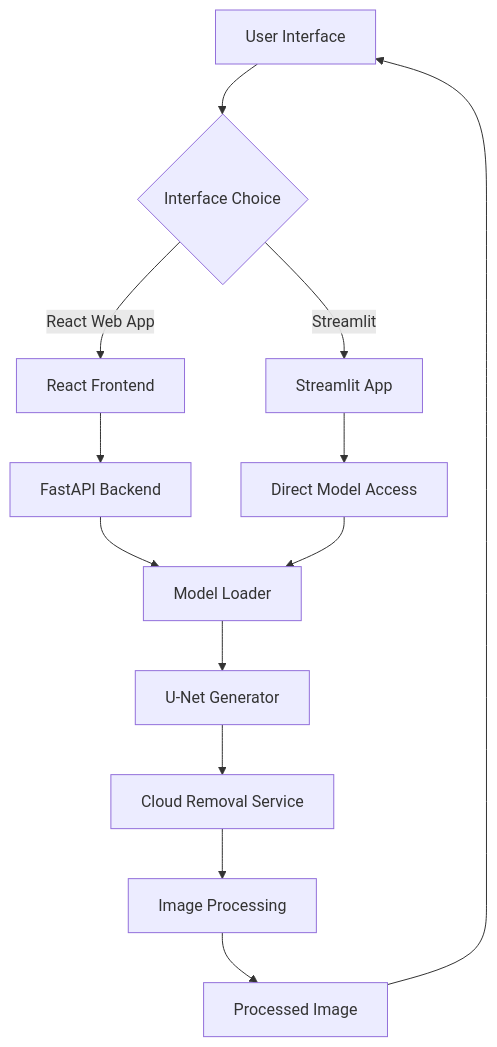
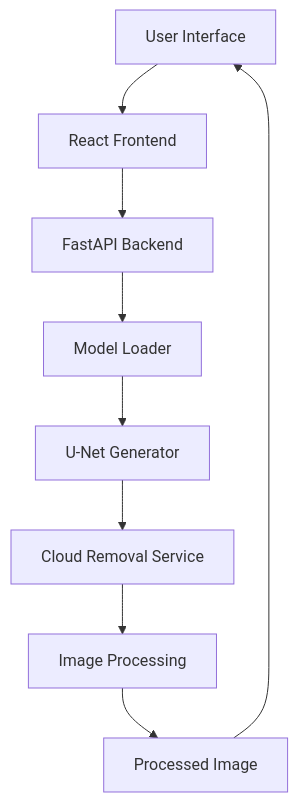
Before and after one commit to NalgondaLokesh/CLEAR: the diagram in README.md, drawn with Mermaid. The commit also changed 1 other file, not shown here.

Commit message:
Improved architecture digram in Readme

````diff
--- a/README.md
+++ b/README.md
@@ -71,15 +71,11 @@
 ```mermaid
 flowchart TD
-    A[User Interface] --> B{Interface Choice}
-    B -->|React Web App| C[React Frontend]
-    B -->|Streamlit| D[Streamlit App]
-    C --> E[FastAPI Backend]
-    D --> F[Direct Model Access]
-    E --> G[Model Loader]
-    F --> G
-    G --> H[U-Net Generator]
-    H --> I[Cloud Removal Service]
-    I --> J[Image Processing]
-    J --> K[Processed Image]
-    K --> A
+    A[User Interface] --> B[React Frontend]
+    B --> C[FastAPI Backend]
+    C --> D[Model Loader]
+    D --> E[U-Net Generator]
+    E --> F[Cloud Removal Service]
+    F --> G[Image Processing]
+    G --> H[Processed Image]
+    H --> A
 ```
````
